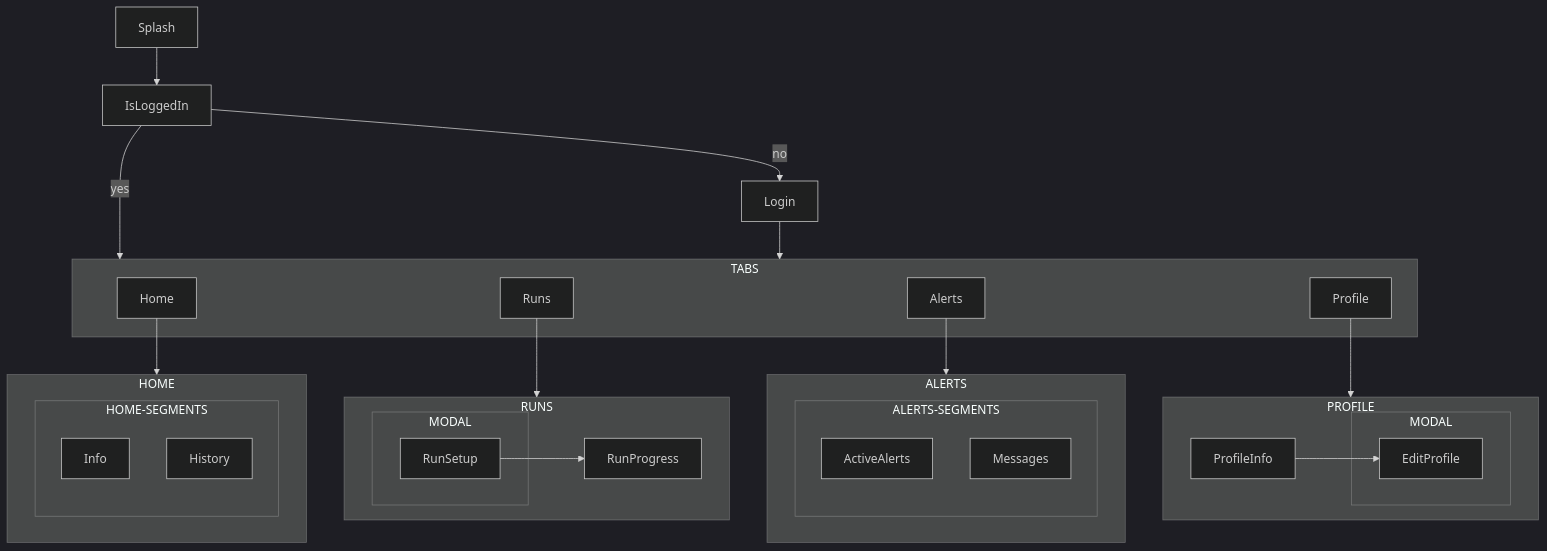
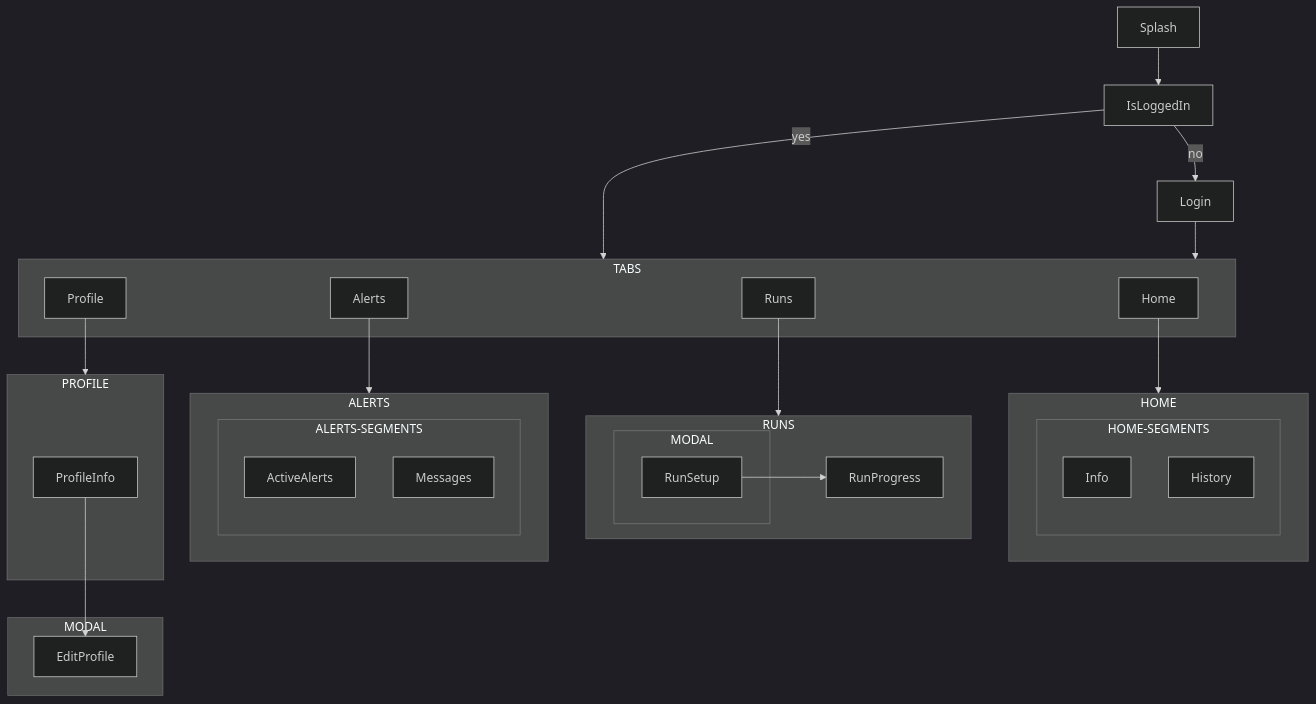
One commit to simovilab/databus-app changed the diagram in README.md. Above: the diagram before and after it, drawn with Mermaid (dark theme). The commit also changed other lines of this file and 1 other file, not shown here.

````diff
--- a/README.md
+++ b/README.md
@@ -17,49 +17,49 @@
 ```mermaid
 flowchart TD
   Splash
   IsLoggedIn
   Login
   subgraph TABS
     Home
     Runs
     Alerts
     Profile
   end
   subgraph HOME
     subgraph HOME-SEGMENTS
       Info
       History
     end
   end
   subgraph RUNS
     subgraph MODAL
       RunSetup
     end
     RunProgress
   end
   subgraph ALERTS
     subgraph ALERTS-SEGMENTS
       ActiveAlerts
       Messages
     end
   end
   subgraph PROFILE
     ProfileInfo
-subgraph PM[MODAL]
-EditProfile
-end
+  end
+  subgraph PM[MODAL]
+    EditProfile
   end
 
   Splash --> IsLoggedIn
   IsLoggedIn --"yes"--> TABS
   IsLoggedIn --"no"--> Login
   Login --> TABS
 
   Home --> HOME
   Runs --> RUNS
   Alerts --> ALERTS
   Profile --> PROFILE
 
   RunSetup --> RunProgress
-ProfileInfo --> EditProfile
+  ProfileInfo --> EditProfile
 ```
````
